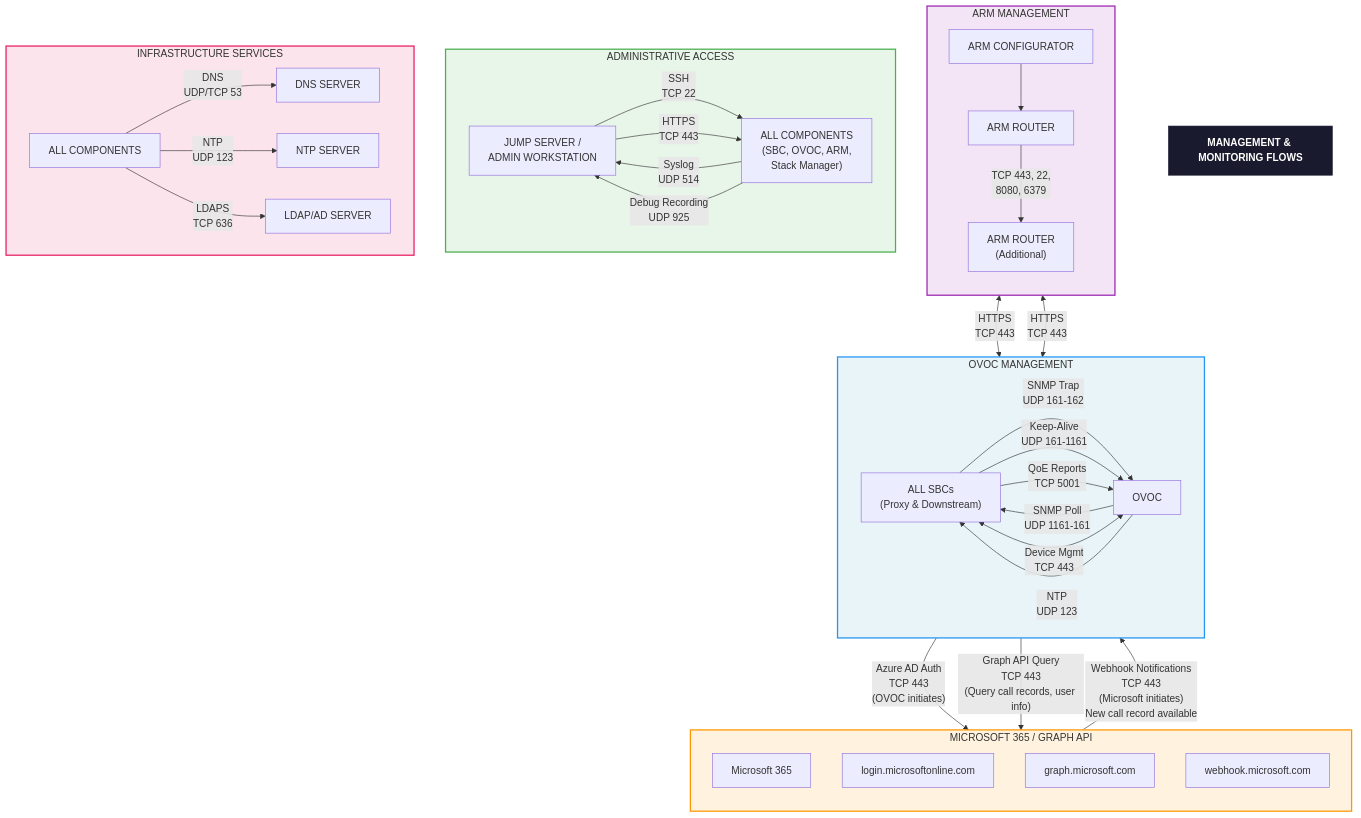
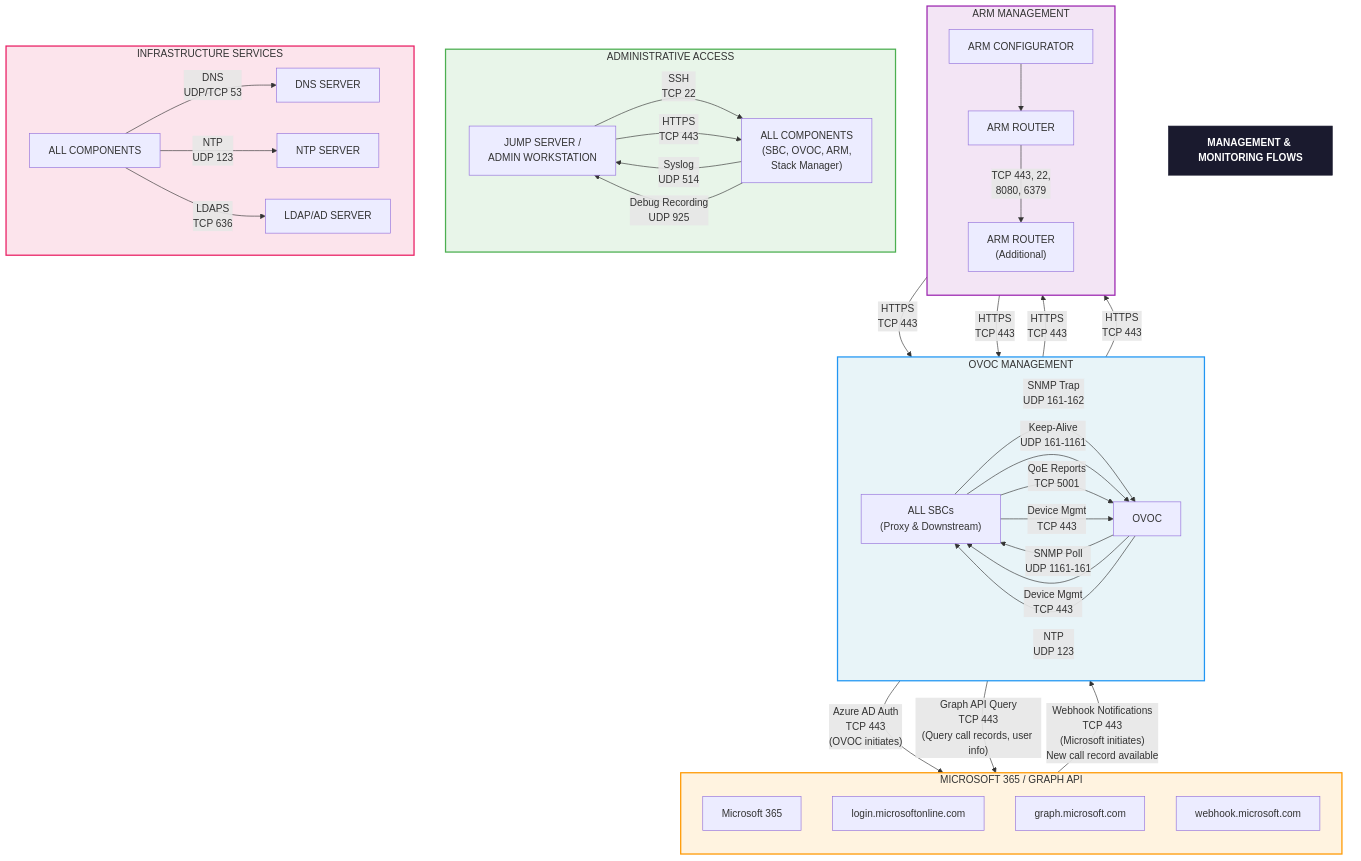
Diagram 15 of 26 in AudioCodes-AWS-Deployment-Guide.md (kevinsing999/public), drawn with Mermaid before and after one commit. The commit also changed other lines of this file and 4 other files, not shown here.

First line of the commit message:
Fix GitHub mermaid rendering: replace unsupported syntax across 20 diagrams

```diff
--- a/AudioCodes-AWS-Deployment-Guide.md
+++ b/AudioCodes-AWS-Deployment-Guide.md
@@ -3534,7 +3548,8 @@
     OVOC -->|"SNMP Poll<br/>UDP 1161-161"| SBCs
     SBCs -->|"Keep-Alive<br/>UDP 161-1161"| OVOC
     SBCs -->|"QoE Reports<br/>TCP 5001"| OVOC
-    OVOC <-->|"Device Mgmt<br/>TCP 443"| SBCs
+    OVOC -->|"Device Mgmt<br/>TCP 443"| SBCs
+    SBCs -->|"Device Mgmt<br/>TCP 443"| OVOC
     OVOC -->|"NTP<br/>UDP 123"| SBCs
 
     %% Microsoft Graph API Flows (Bidirectional)
@@ -3543,8 +3558,10 @@
     WebhookMS -->|"Webhook Notifications<br/>TCP 443<br/>(Microsoft initiates)<br/>New call record available"| OVOC
 
     %% ARM Management Flows
-    ARMConfig <-->|"HTTPS<br/>TCP 443"| SBCs
-    ARMRouter <-->|"HTTPS<br/>TCP 443"| SBCs
+    ARMConfig -->|"HTTPS<br/>TCP 443"| SBCs
+    SBCs -->|"HTTPS<br/>TCP 443"| ARMConfig
+    ARMRouter -->|"HTTPS<br/>TCP 443"| SBCs
+    SBCs -->|"HTTPS<br/>TCP 443"| ARMRouter
     ARMConfig --> ARMRouter
     ARMRouter -->|"TCP 443, 22,<br/>8080, 6379"| ARMRouterAdd
 
```
